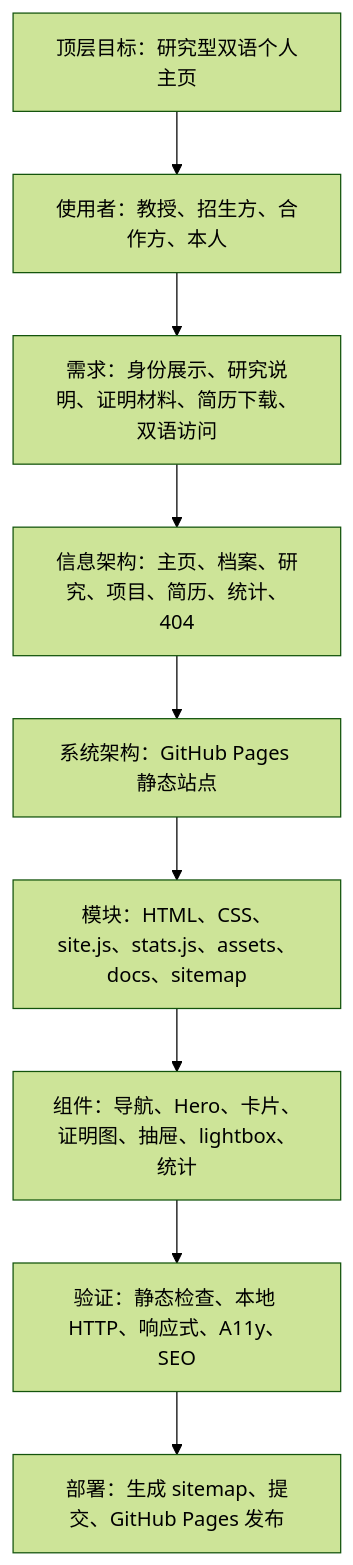
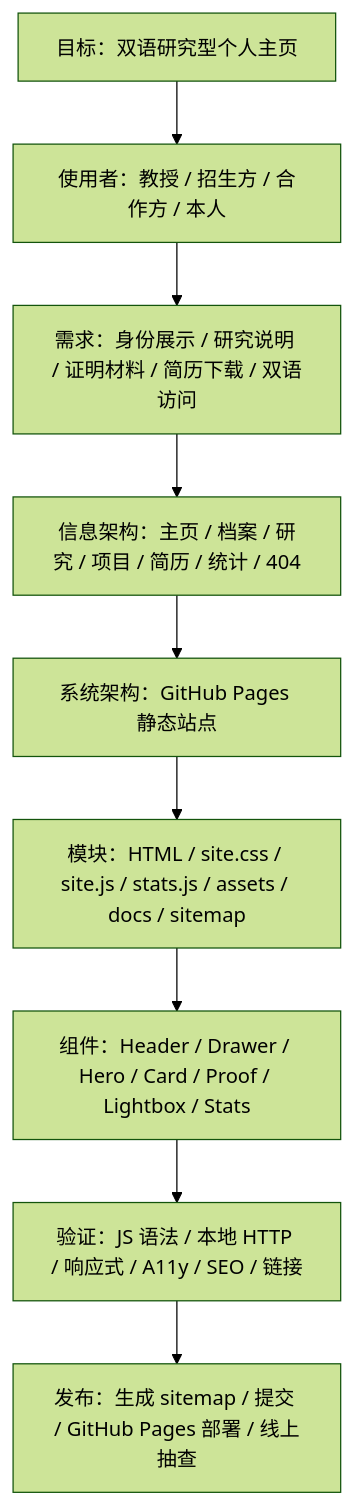
Before and after one commit to Yan-ShiBo/Yan-ShiBo.github.io: the first of 5 diagrams in docs/design/architecture.md, drawn with Mermaid (forest theme). The commit also changed other lines of this file and 7 other files, not shown here.

````diff
--- a/docs/design/architecture.md
+++ b/docs/design/architecture.md
@@ -19,11 +56,11 @@
 ```mermaid
 flowchart TD
-  Goal["顶层目标：研究型双语个人主页"] --> Stakeholders["使用者：教授、招生方、合作方、本人"]
-  Stakeholders --> Requirements["需求：身份展示、研究说明、证明材料、简历下载、双语访问"]
-  Requirements --> IA["信息架构：主页、档案、研究、项目、简历、统计、404"]
+  Goal["目标：双语研究型个人主页"] --> Stakeholders["使用者：教授 / 招生方 / 合作方 / 本人"]
+  Stakeholders --> Requirements["需求：身份展示 / 研究说明 / 证明材料 / 简历下载 / 双语访问"]
+  Requirements --> IA["信息架构：主页 / 档案 / 研究 / 项目 / 简历 / 统计 / 404"]
   IA --> System["系统架构：GitHub Pages 静态站点"]
-  System --> Modules["模块：HTML、CSS、site.js、stats.js、assets、docs、sitemap"]
-  Modules --> Components["组件：导航、Hero、卡片、证明图、抽屉、lightbox、统计"]
-  Components --> Verification["验证：静态检查、本地 HTTP、响应式、A11y、SEO"]
-  Verification --> Deployment["部署：生成 sitemap、提交、GitHub Pages 发布"]
+  System --> Modules["模块：HTML / site.css / site.js / stats.js / assets / docs / sitemap"]
+  Modules --> Components["组件：Header / Drawer / Hero / Card / Proof / Lightbox / Stats"]
+  Components --> Verification["验证：JS 语法 / 本地 HTTP / 响应式 / A11y / SEO / 链接"]
+  Verification --> Deployment["发布：生成 sitemap / 提交 / GitHub Pages 部署 / 线上抽查"]
 ```
````
